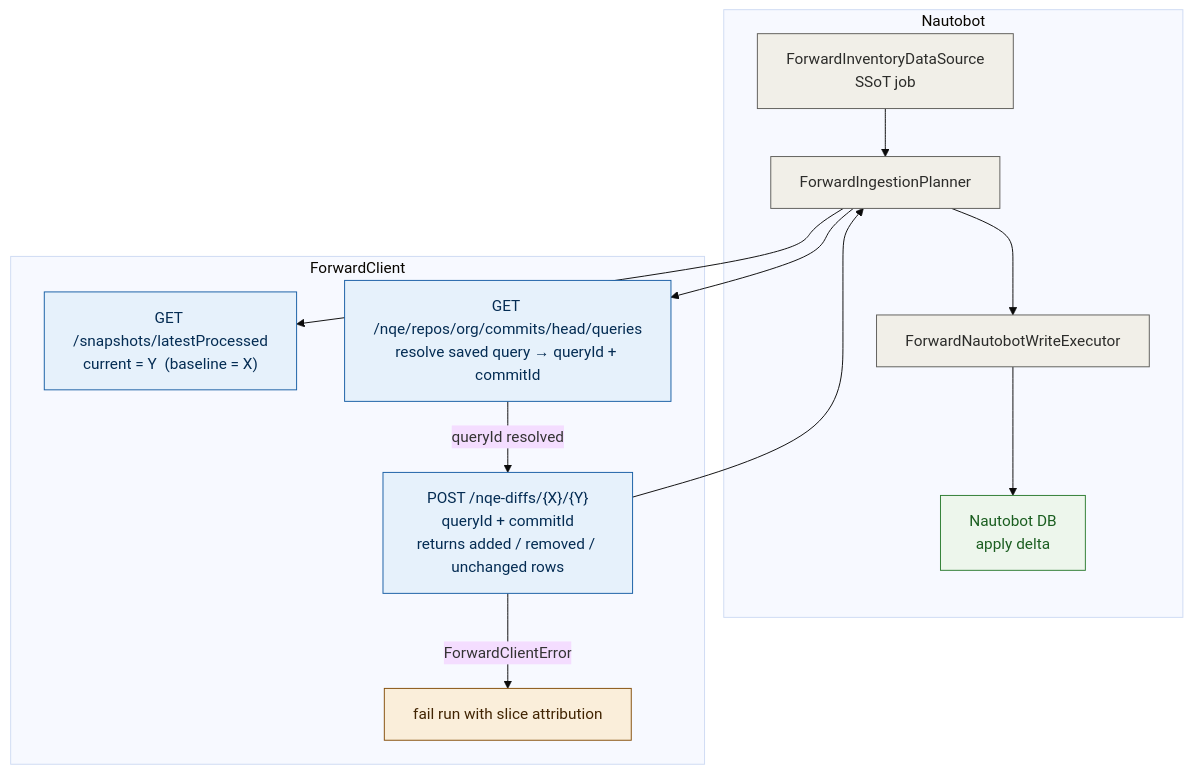
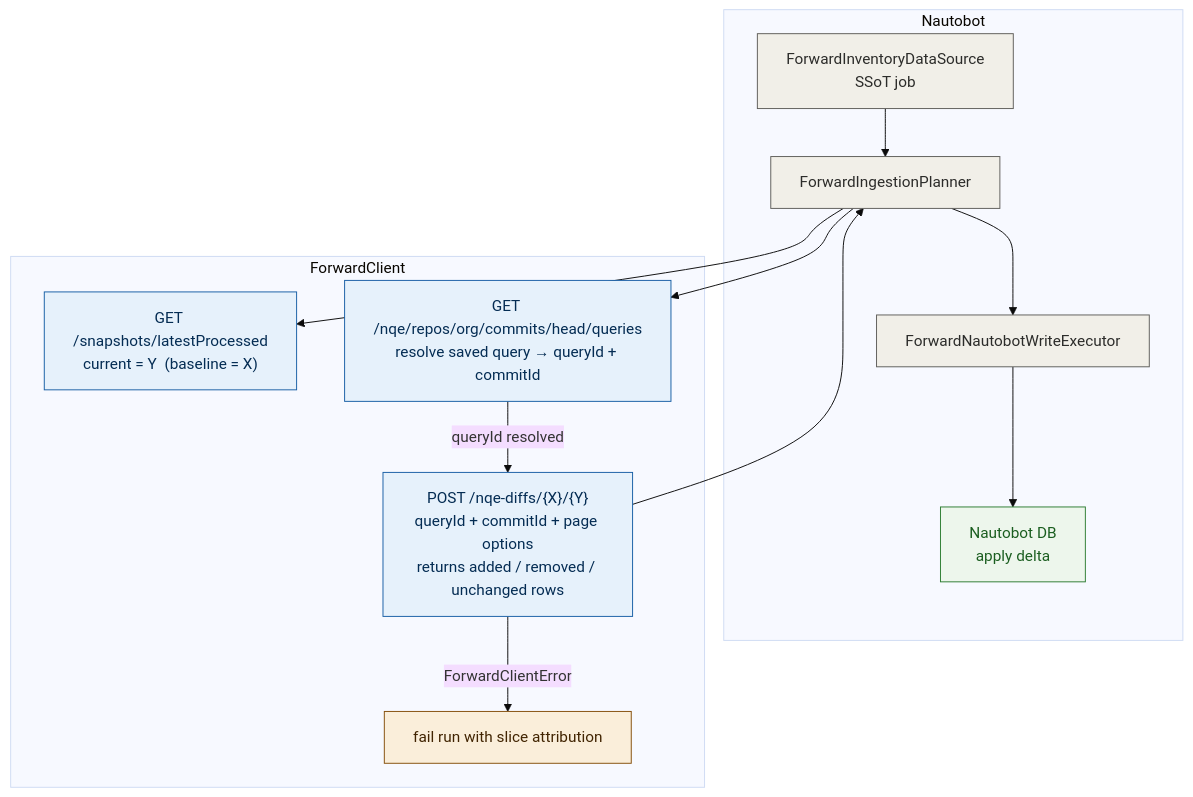
The third of 5 diagrams in docs/architecture-flow.md (forwardnetworks/nautobot-app-ssot-forward), drawn with Mermaid (base theme) before and after one commit. The commit also changed other lines of this file and 69 other files, not shown here.

First line of the commit message:
feat: add scoped async NQE diffs

````diff
--- a/docs/architecture-flow.md
+++ b/docs/architecture-flow.md
@@ -121,35 +121,35 @@
 ```mermaid
 flowchart TB
     subgraph nautobot["Nautobot"]
         job["ForwardInventoryDataSource\nSSoT job"]
         planner["ForwardIngestionPlanner"]
         executor["ForwardNautobotWriteExecutor"]
         db["Nautobot DB\napply delta"]
     end
 
     subgraph client["ForwardClient"]
         resolve_snap["GET /snapshots/latestProcessed\ncurrent = Y  (baseline = X)"]
         prewarm["GET /nqe/repos/org/commits/head/queries\nresolve saved query → queryId + commitId"]
-        diff["POST /nqe-diffs/{X}/{Y}\nqueryId + commitId\nreturns added / removed / unchanged rows"]
+        diff["POST /nqe-diffs/{X}/{Y}\nqueryId + commitId + page options\nreturns added / removed / unchanged rows"]
         fail["fail run with slice attribution"]
     end
 
     job --> planner
     planner --> resolve_snap
     planner --> prewarm
     prewarm -- "queryId resolved" --> diff
     diff -- "ForwardClientError" --> fail
     diff --> planner
     planner --> executor
     executor --> db
 
     classDef neutral fill:#F1EFE8,stroke:#5F5E5A,color:#2C2C2A;
     classDef fwdnode fill:#E6F1FB,stroke:#185FA5,color:#042C53;
     classDef nbnode fill:#EDF6EC,stroke:#2E7D32,color:#1B5E20;
     classDef warn fill:#FAEEDA,stroke:#854F0B,color:#412402;
 
     class job,planner,executor neutral;
     class resolve_snap,prewarm,diff fwdnode;
     class db nbnode;
     class fail warn;
 ```
````
